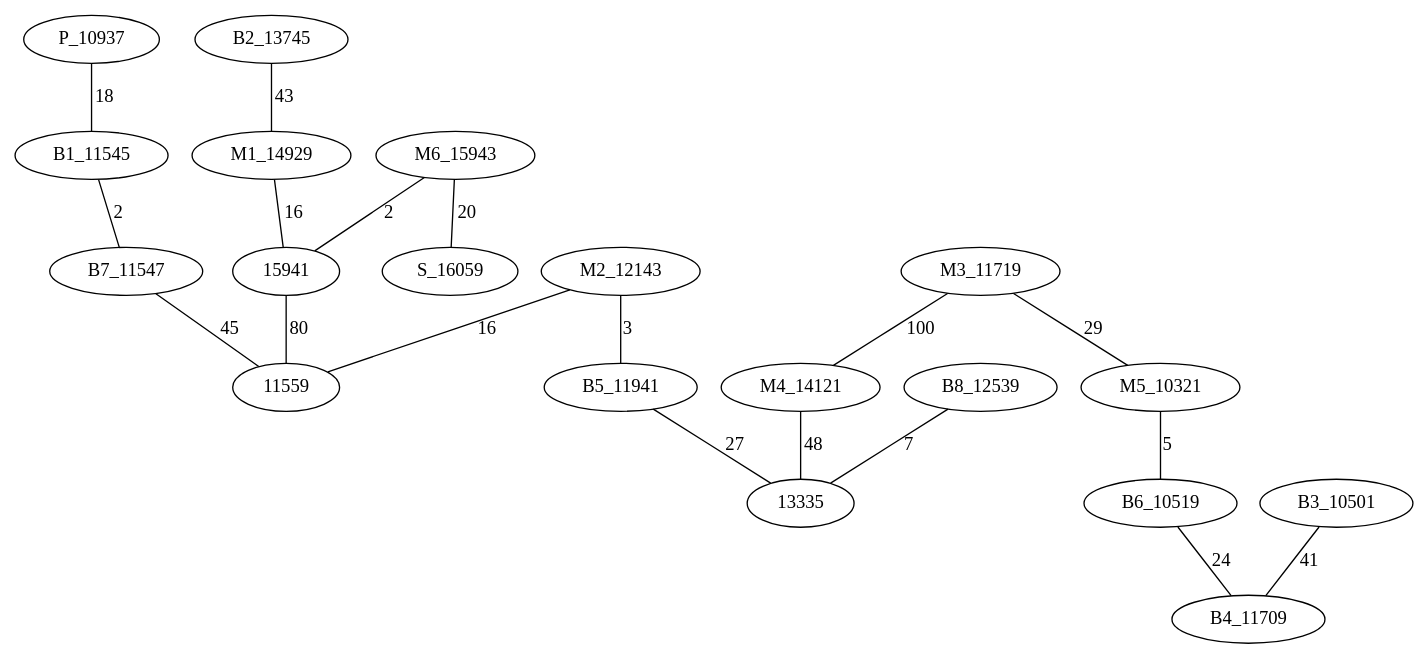
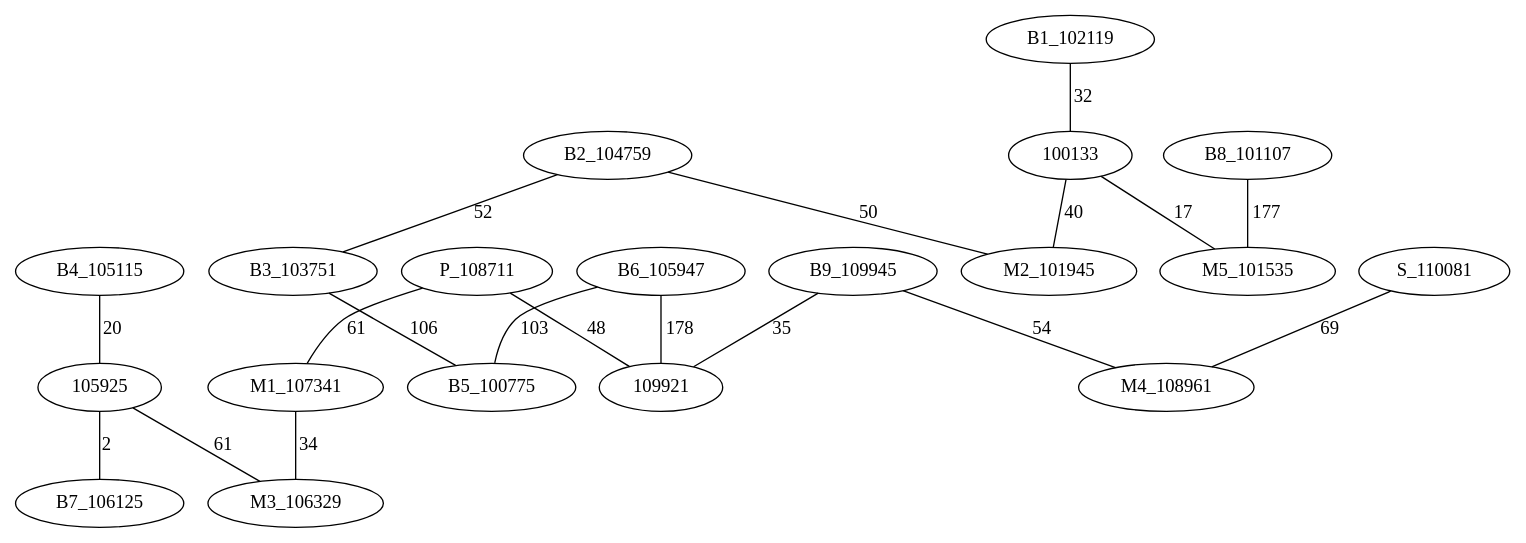
The diagram in Graph.dot (AsmNoob/Labyrinthe), drawn with Graphviz before and after one commit. The commit also changed 3 other files, not shown here.

```diff
--- a/Graph.dot
+++ b/Graph.dot
@@ -1,22 +1,22 @@
 graph chemin {
 
-	P_10937 -- B1_11545 [label=18]
-	B2_13745 -- M1_14929 [label=43]
-	M1_14929 -- 15941 [label=16]
-	B3_10501 -- B4_11709 [label=41]
-	M2_12143 -- 11559 [label=16]
-	M2_12143 -- B5_11941 [label=3]
-	M3_11719 -- M4_14121 [label=100]
-	M3_11719 -- M5_10321 [label=29]
-	M5_10321 -- B6_10519 [label=5]
-	B5_11941 -- 13335 [label=27]
-	B1_11545 -- B7_11547 [label=2]
-	B7_11547 -- 11559 [label=45]
-	B8_12539 -- 13335 [label=7]
-	B6_10519 -- B4_11709 [label=24]
-	M6_15943 -- 15941 [label=2]
-	M6_15943 -- S_16059 [label=20]
-	15941 -- 11559 [label=80]
-	M4_14121 -- 13335 [label=48]
+	P_108711 -- M1_107341 [label=61]
+	P_108711 -- 109921 [label=48]
+	B1_102119 -- 100133 [label=32]
+	B2_104759 -- M2_101945 [label=50]
+	B2_104759 -- B3_103751 [label=52]
+	B4_105115 -- 105925 [label=20]
+	B3_103751 -- B5_100775 [label=106]
+	M1_107341 -- M3_106329 [label=34]
+	B6_105947 -- B5_100775 [label=103]
+	B6_105947 -- 109921 [label=178]
+	S_110081 -- M4_108961 [label=69]
+	105925 -- B7_106125 [label=2]
+	105925 -- M3_106329 [label=61]
+	100133 -- M2_101945 [label=40]
+	100133 -- M5_101535 [label=17]
+	B8_101107 -- M5_101535 [label=177]
+	B9_109945 -- M4_108961 [label=54]
+	B9_109945 -- 109921 [label=35]
 
 }
```
